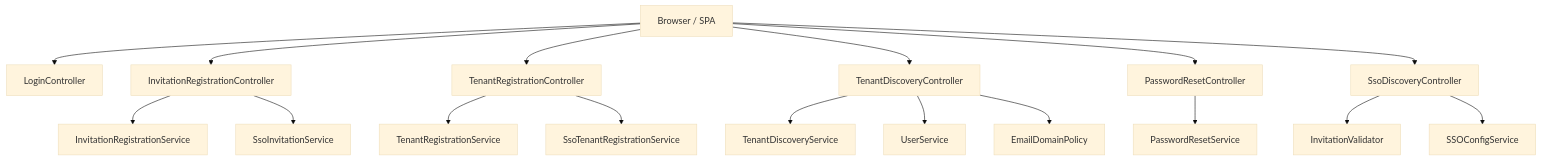
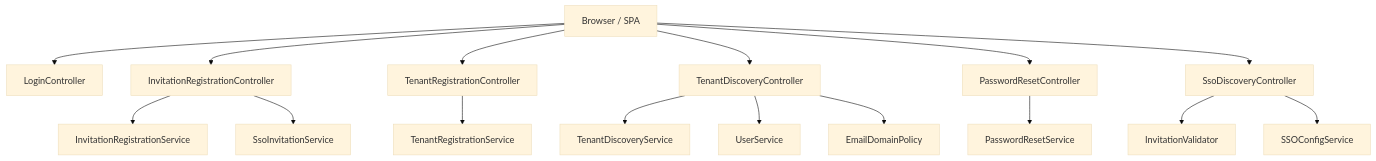
Before and after one commit to flamingo-stack/openframe-oss-lib: the first of 8 diagrams in docs/reference/architecture/authorization-service-core/controllers.md, drawn with Mermaid (base theme). The commit also changed other lines of this file and 30 other files, not shown here.

First line of the commit message:
refactor(auth): remove the deprecated SSO tenant registration endpoint CU-17tkuw641vq

````diff
--- a/docs/reference/architecture/authorization-service-core/controllers.md
+++ b/docs/reference/architecture/authorization-service-core/controllers.md
@@ -33,24 +33,23 @@
 ```mermaid
 flowchart TD
     Client["Browser / SPA"] --> LoginCtrl["LoginController"]
     Client --> InviteCtrl["InvitationRegistrationController"]
     Client --> TenantRegCtrl["TenantRegistrationController"]
     Client --> TenantDiscCtrl["TenantDiscoveryController"]
     Client --> PwResetCtrl["PasswordResetController"]
     Client --> SsoDiscCtrl["SsoDiscoveryController"]
 
     InviteCtrl --> InviteService["InvitationRegistrationService"]
     InviteCtrl --> SsoInviteService["SsoInvitationService"]
 
     TenantRegCtrl --> TenantRegService["TenantRegistrationService"]
-    TenantRegCtrl --> SsoTenantRegService["SsoTenantRegistrationService"]
 
     TenantDiscCtrl --> TenantDiscoveryService["TenantDiscoveryService"]
     TenantDiscCtrl --> UserService["UserService"]
     TenantDiscCtrl --> EmailDomainPolicy["EmailDomainPolicy"]
 
     PwResetCtrl --> PwResetService["PasswordResetService"]
 
     SsoDiscCtrl --> InvitationValidator["InvitationValidator"]
     SsoDiscCtrl --> SSOConfigService["SSOConfigService"]
 ```
````
